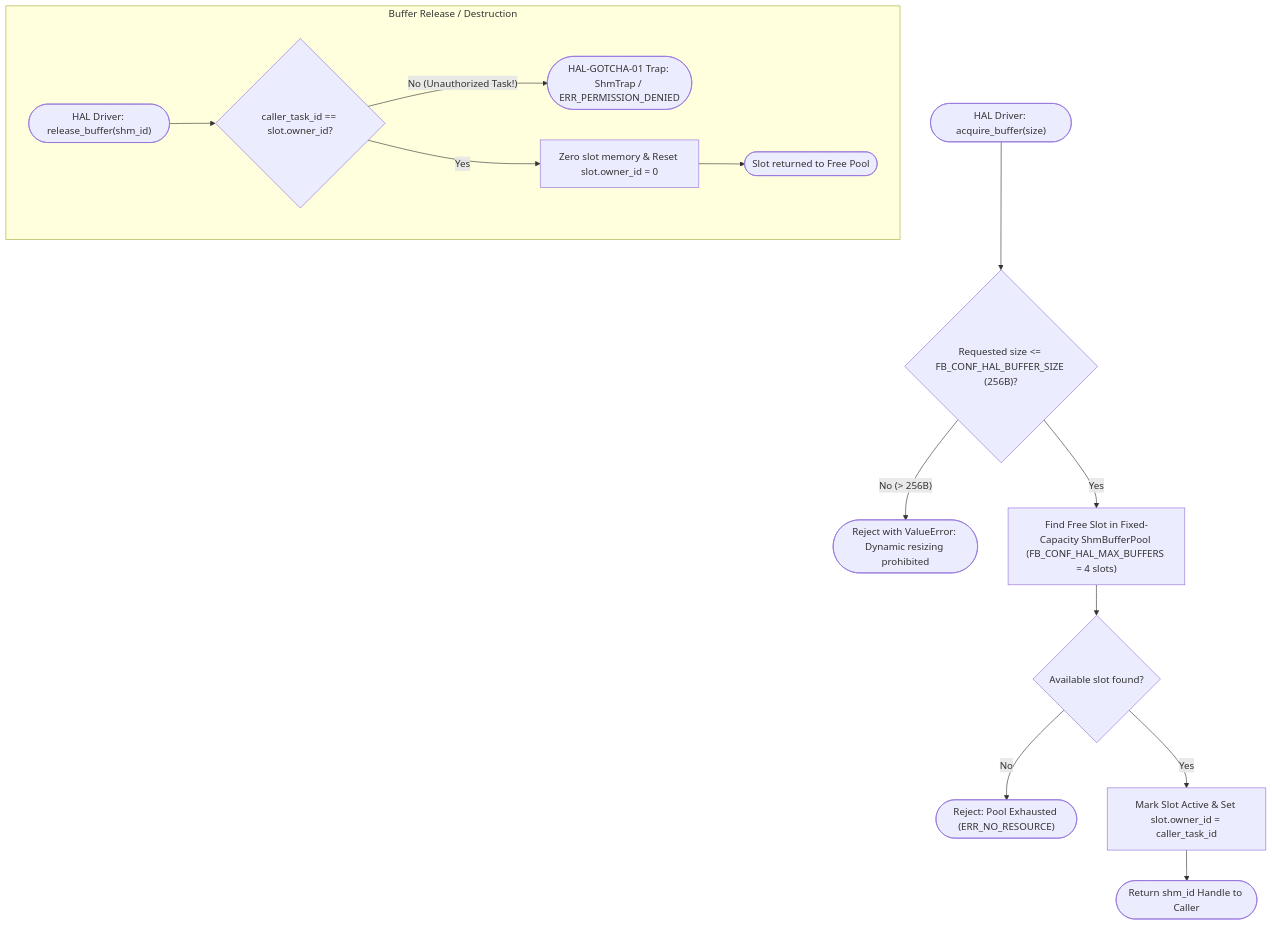
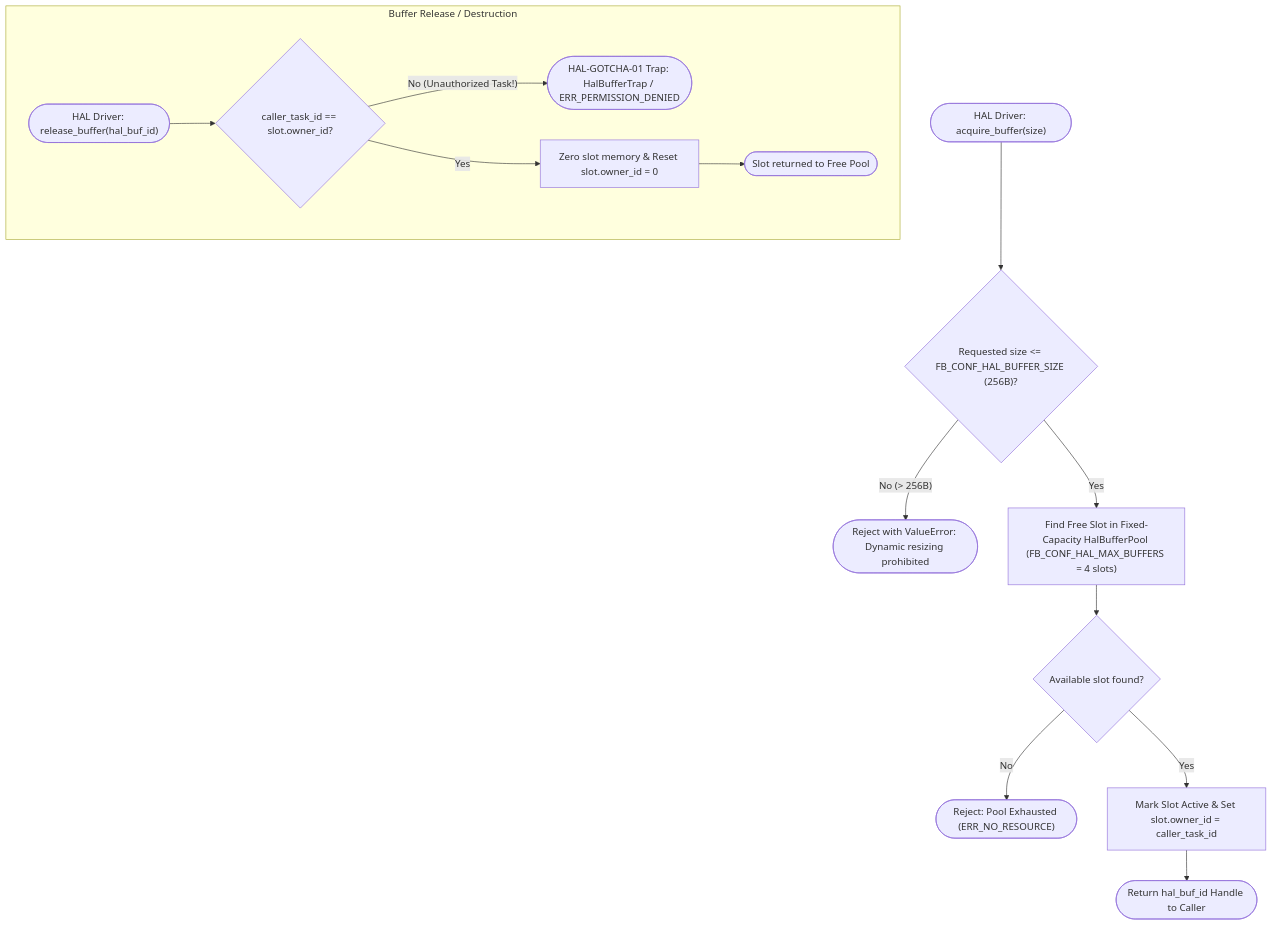
One commit to kmt-t/fireball changed the second of 4 diagrams in docs/components/tier3_platform/platform_hal.md. Above: the diagram before and after it, drawn with Mermaid. The commit also changed other lines of this file and 8 other files, not shown here.

Commit message:
docs(wit): refactor HAL buffer from SHM to HAL buffer pool in vMMIO/DYNAMIC

````diff
--- a/docs/components/tier3_platform/platform_hal.md
+++ b/docs/components/tier3_platform/platform_hal.md
@@ -90,19 +90,19 @@
 ```mermaid
 flowchart TD
     Start(["HAL Driver: acquire_buffer(size)"]) --> CheckSize{"Requested size <= FB_CONF_HAL_BUFFER_SIZE (256B)?"}
 
     CheckSize -- "No (> 256B)" --> RejectSize(["Reject with ValueError: Dynamic resizing prohibited"])
-    CheckSize -- "Yes" --> AllocSlot["Find Free Slot in Fixed-Capacity ShmBufferPool (FB_CONF_HAL_MAX_BUFFERS = 4 slots)"]
+    CheckSize -- "Yes" --> AllocSlot["Find Free Slot in Fixed-Capacity HalBufferPool (FB_CONF_HAL_MAX_BUFFERS = 4 slots)"]
     AllocSlot --> SlotFound{"Available slot found?"}
 
     SlotFound -- "No" --> RejectFull(["Reject: Pool Exhausted (ERR_NO_RESOURCE)"])
     SlotFound -- "Yes" --> MarkSlot["Mark Slot Active & Set slot.owner_id = caller_task_id"]
-    MarkSlot --> ReturnHandle(["Return shm_id Handle to Caller"])
+    MarkSlot --> ReturnHandle(["Return hal_buf_id Handle to Caller"])
 
     subgraph Buffer Release / Destruction
-        RelStart(["HAL Driver: release_buffer(shm_id)"]) --> VerifyOwner{"caller_task_id == slot.owner_id?"}
-        VerifyOwner -- "No (Unauthorized Task!)" --> TrapOwner(["HAL-GOTCHA-01 Trap: ShmTrap / ERR_PERMISSION_DENIED"])
+        RelStart(["HAL Driver: release_buffer(hal_buf_id)"]) --> VerifyOwner{"caller_task_id == slot.owner_id?"}
+        VerifyOwner -- "No (Unauthorized Task!)" --> TrapOwner(["HAL-GOTCHA-01 Trap: HalBufferTrap / ERR_PERMISSION_DENIED"])
         VerifyOwner -- "Yes" --> ClearSlot["Zero slot memory & Reset slot.owner_id = 0"]
         ClearSlot --> ReturnPool(["Slot returned to Free Pool"])
     end
 ```
````
